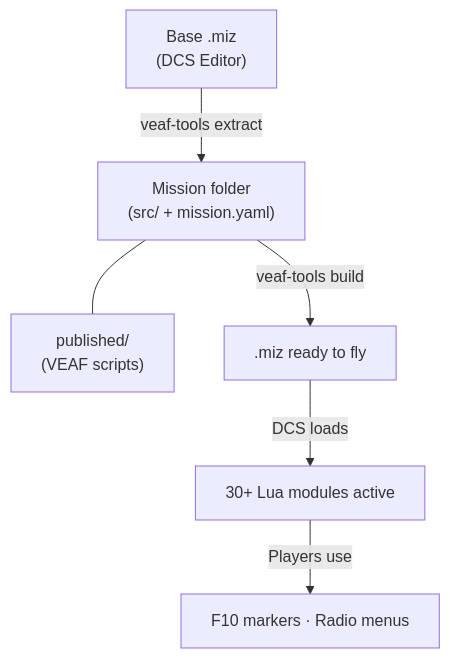
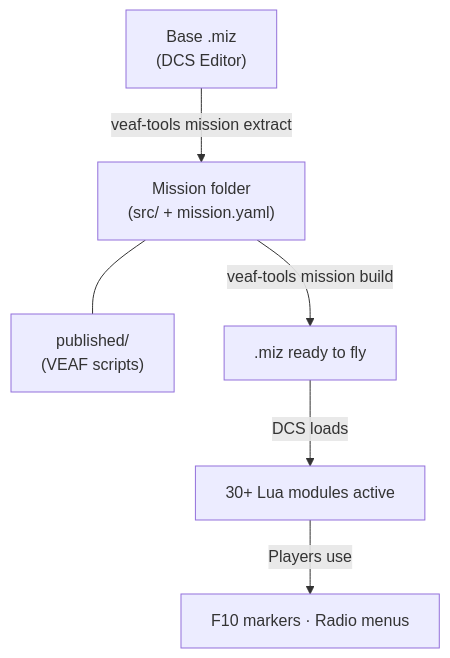
One commit to VEAF/VEAF-Mission-Creation-Tools changed the diagram in doc/index.en.md. Above: the diagram before and after it, drawn with Mermaid. The commit also changed other lines of this file and 59 other files, not shown here.

````diff
--- a/doc/index.en.md
+++ b/doc/index.en.md
@@ -21,8 +21,8 @@
 ```mermaid
 flowchart TD
-    A["Base .miz\n(DCS Editor)"] -->|veaf-tools extract| B["Mission folder\n(src/ + mission.yaml)"]
+    A["Base .miz\n(DCS Editor)"] -->|veaf-tools mission extract| B["Mission folder\n(src/ + mission.yaml)"]
     B --- C["published/\n(VEAF scripts)"]
-    B -->|veaf-tools build| D[".miz ready to fly"]
+    B -->|veaf-tools mission build| D[".miz ready to fly"]
     D -->|DCS loads| E["30+ Lua modules active"]
     E -->|Players use| F["F10 markers · Radio menus"]
 ```
````
